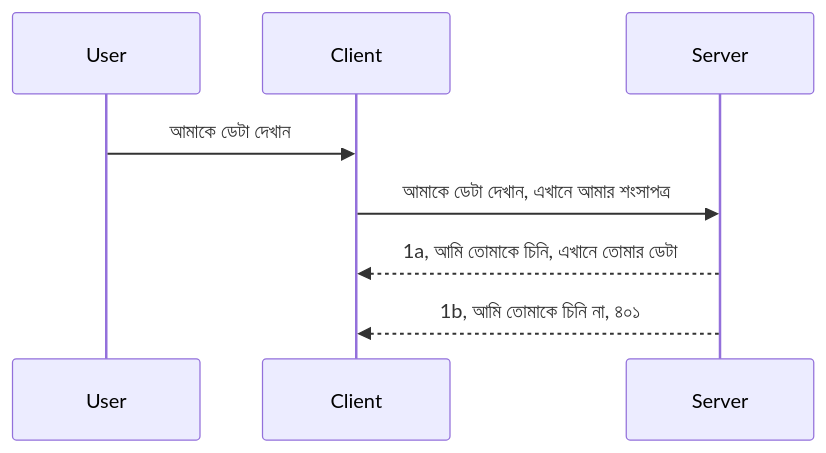
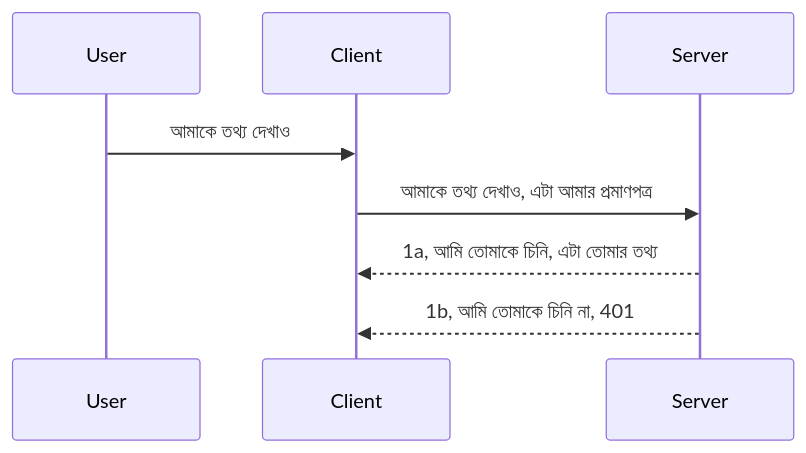
Before and after one commit to HIDORAKAI002/ai-workspace-archive: the diagram in mcp_ecosystem__model_context_protocol/mcp_learning_resources/mcp-for-beginners/translations/bn/03-GettingStarted/11-simple-auth/README.md, drawn with Mermaid. The commit also changed other lines of this file and 1160 other files, not shown here.

````diff
--- a/mcp_ecosystem__model_context_protocol/mcp_learning_resources/mcp-for-beginners/translations/bn/03-GettingStarted/11-simple-auth/README.md
+++ b/mcp_ecosystem__model_context_protocol/mcp_learning_resources/mcp-for-beginners/translations/bn/03-GettingStarted/11-simple-auth/README.md
@@ -24,11 +24,11 @@
 ```mermaid
 sequenceDiagram
    participant User
    participant Client
    participant Server
 
-   User->>Client: আমাকে ডেটা দেখান
-   Client->>Server: আমাকে ডেটা দেখান, এখানে আমার শংসাপত্র
-   Server-->>Client: 1a, আমি তোমাকে চিনি, এখানে তোমার ডেটা
-   Server-->>Client: 1b, আমি তোমাকে চিনি না, ৪০১ 
+   User->>Client: আমাকে তথ্য দেখাও
+   Client->>Server: আমাকে তথ্য দেখাও, এটা আমার প্রমাণপত্র
+   Server-->>Client: 1a, আমি তোমাকে চিনি, এটা তোমার তথ্য
+   Server-->>Client: 1b, আমি তোমাকে চিনি না, 401 
 ```
````
